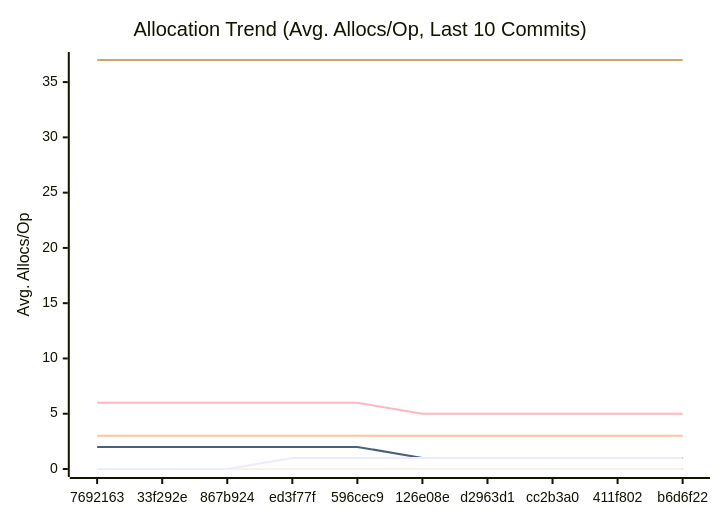
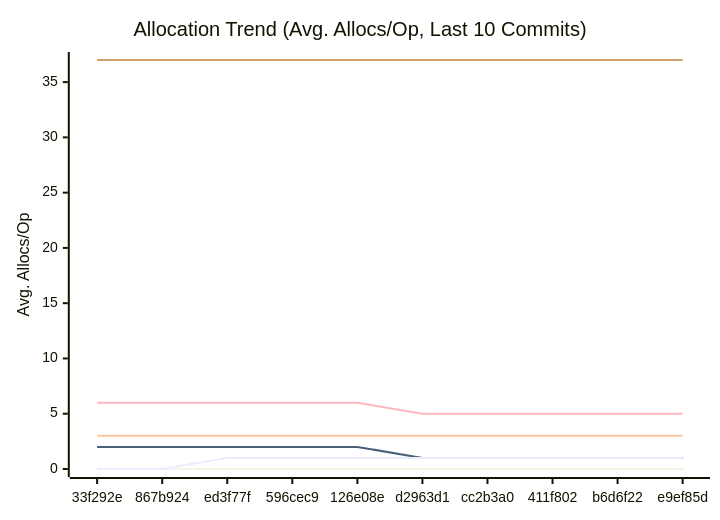
Before and after one commit to alsotoes/momo: the third of 3 diagrams in docs/PERFORMANCE.md, drawn with Mermaid. The commit also changed other lines of this file and 6 other files, not shown here.

````diff
--- a/docs/PERFORMANCE.md
+++ b/docs/PERFORMANCE.md
@@ -176,18 +176,18 @@
 ```mermaid
 xychart-beta
     title "Allocation Trend (Avg. Allocs/Op, Last 10 Commits)"
     x-axis "Commit"
     y-axis "Avg. Allocs/Op"
-    x-axis [7692163,33f292e,867b924,ed3f77f,596cec9,126e08e,d2963d1,cc2b3a0,411f802,b6d6f22]
+    x-axis [33f292e,867b924,ed3f77f,596cec9,126e08e,d2963d1,cc2b3a0,411f802,b6d6f22,e9ef85d]
     line "CheckMetricsAndSwap" [0,0,0,0,0,0,0,0,0,0]
     line "CrushOptimized" [0,0,0,0,0,0,0,0,0,0]
     line "CrushOriginal" [3,3,3,3,3,3,3,3,3,3]
     line "IndexDirectTracking" [0,0,0,0,0,0,0,0,0,0]
     line "IndexSearch" [0,0,0,0,0,0,0,0,0,0]
     line "LoadGlobalConfig" [37,37,37,37,37,37,37,37,37,37]
     line "PadString" [0,0,0,0,0,0,0,0,0,0]
     line "ParseReplicationOrder_NoPrealloc" [6,6,6,6,6,5,5,5,5,5]
     line "ParseReplicationOrder_Prealloc" [2,2,2,2,2,1,1,1,1,1]
     line "SanitizeLog/Safe" [0,0,0,0,0,0,0,0,0,0]
-    line "SanitizeLog/Unsafe" [0,0,0,1,1,1,1,1,1,1]
+    line "SanitizeLog/Unsafe" [0,0,1,1,1,1,1,1,1,1]
 ```
````
